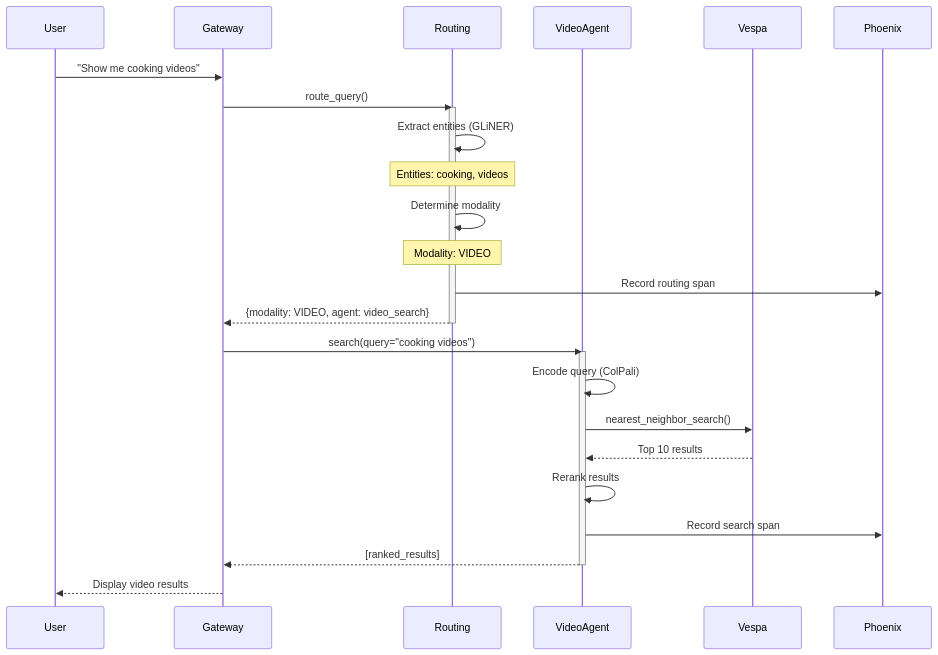
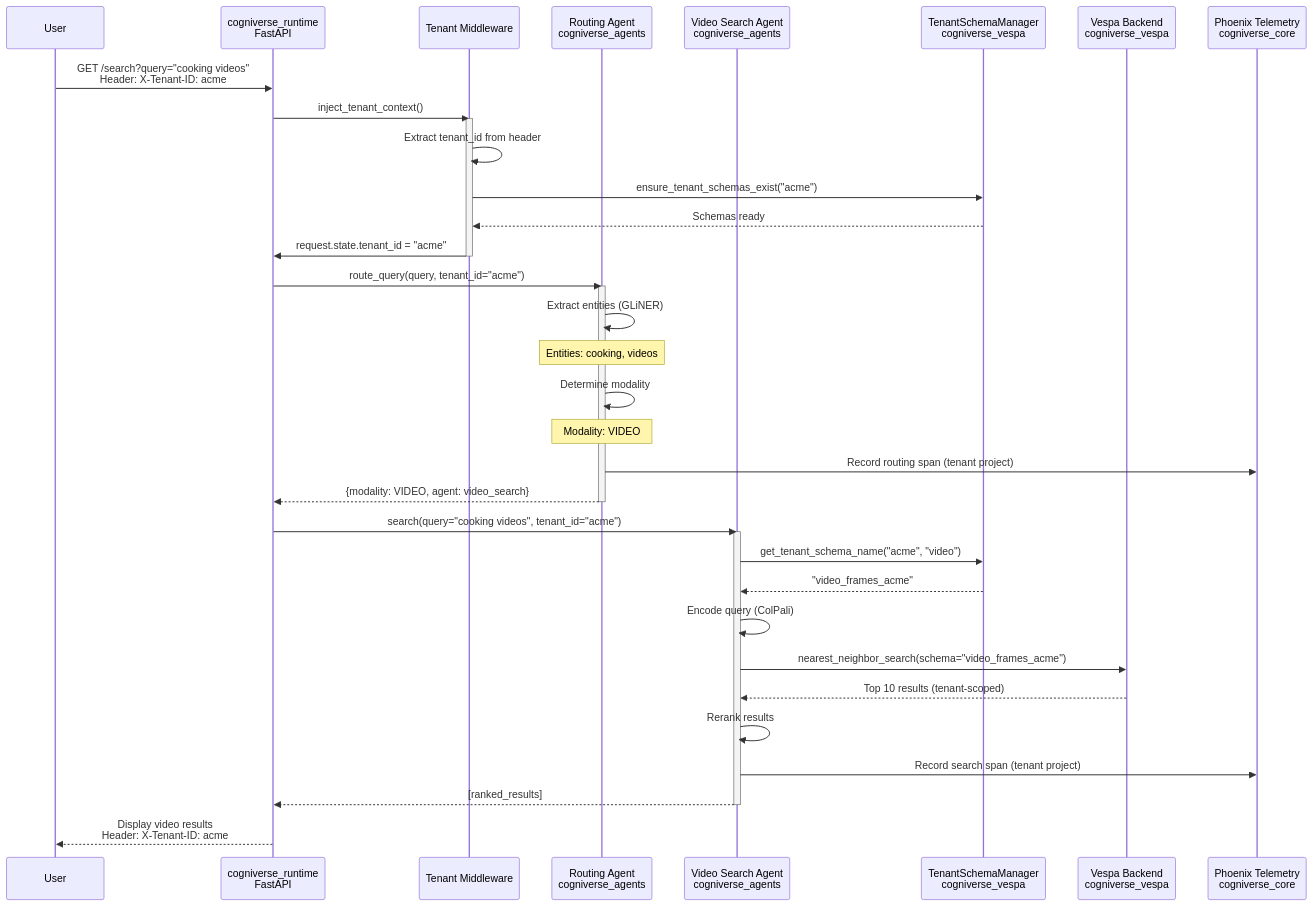
The third of 25 diagrams in docs/architecture/system-flows.md (amit-jain/cogniverse), drawn with Mermaid before and after one commit. The commit also changed other lines of this file and 25 other files, not shown here.

````diff
--- a/docs/architecture/system-flows.md
+++ b/docs/architecture/system-flows.md
@@ -120,34 +139,47 @@
 ```mermaid
 sequenceDiagram
     participant User
-    participant Gateway
-    participant Routing
-    participant VideoAgent
-    participant Vespa
-    participant Phoenix
+    participant Runtime as cogniverse_runtime<br/>FastAPI
+    participant Middleware as Tenant Middleware
+    participant Routing as Routing Agent<br/>cogniverse_agents
+    participant VideoAgent as Video Search Agent<br/>cogniverse_agents
+    participant TenantMgr as TenantSchemaManager<br/>cogniverse_vespa
+    participant Vespa as Vespa Backend<br/>cogniverse_vespa
+    participant Phoenix as Phoenix Telemetry<br/>cogniverse_core
 
-    User->>Gateway: "Show me cooking videos"
-    Gateway->>Routing: route_query()
+    User->>Runtime: GET /search?query="cooking videos"<br/>Header: X-Tenant-ID: acme
+    Runtime->>Middleware: inject_tenant_context()
+
+    activate Middleware
+    Middleware->>Middleware: Extract tenant_id from header
+    Middleware->>TenantMgr: ensure_tenant_schemas_exist("acme")
+    TenantMgr-->>Middleware: Schemas ready
+    Middleware->>Runtime: request.state.tenant_id = "acme"
+    deactivate Middleware
+
+    Runtime->>Routing: route_query(query, tenant_id="acme")
 
     activate Routing
     Routing->>Routing: Extract entities (GLiNER)
     Note over Routing: Entities: cooking, videos
     Routing->>Routing: Determine modality
     Note over Routing: Modality: VIDEO
-    Routing->>Phoenix: Record routing span
-    Routing-->>Gateway: {modality: VIDEO, agent: video_search}
+    Routing->>Phoenix: Record routing span (tenant project)
+    Routing-->>Runtime: {modality: VIDEO, agent: video_search}
     deactivate Routing
 
-    Gateway->>VideoAgent: search(query="cooking videos")
+    Runtime->>VideoAgent: search(query="cooking videos", tenant_id="acme")
 
     activate VideoAgent
+    VideoAgent->>TenantMgr: get_tenant_schema_name("acme", "video")
+    TenantMgr-->>VideoAgent: "video_frames_acme"
     VideoAgent->>VideoAgent: Encode query (ColPali)
-    VideoAgent->>Vespa: nearest_neighbor_search()
-    Vespa-->>VideoAgent: Top 10 results
+    VideoAgent->>Vespa: nearest_neighbor_search(schema="video_frames_acme")
+    Vespa-->>VideoAgent: Top 10 results (tenant-scoped)
     VideoAgent->>VideoAgent: Rerank results
-    VideoAgent->>Phoenix: Record search span
-    VideoAgent-->>Gateway: [ranked_results]
+    VideoAgent->>Phoenix: Record search span (tenant project)
+    VideoAgent-->>Runtime: [ranked_results]
     deactivate VideoAgent
 
-    Gateway-->>User: Display video results
+    Runtime-->>User: Display video results<br/>Header: X-Tenant-ID: acme
 ```
````
